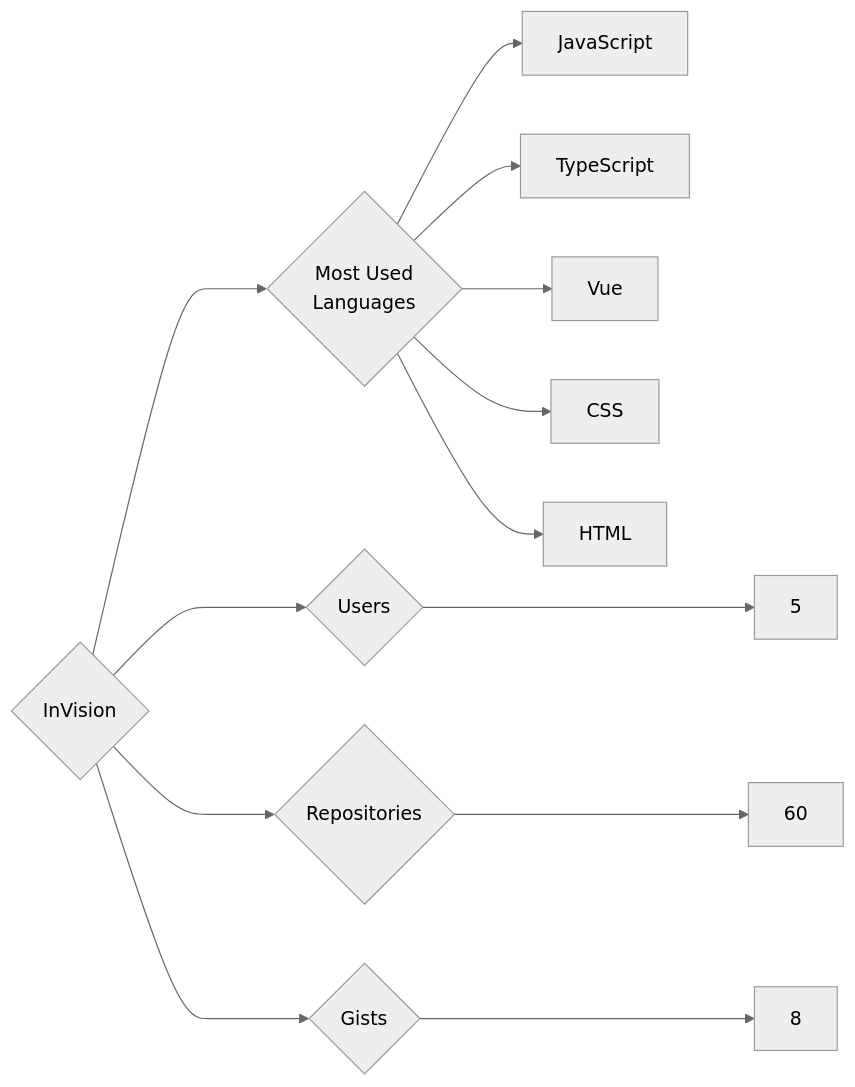
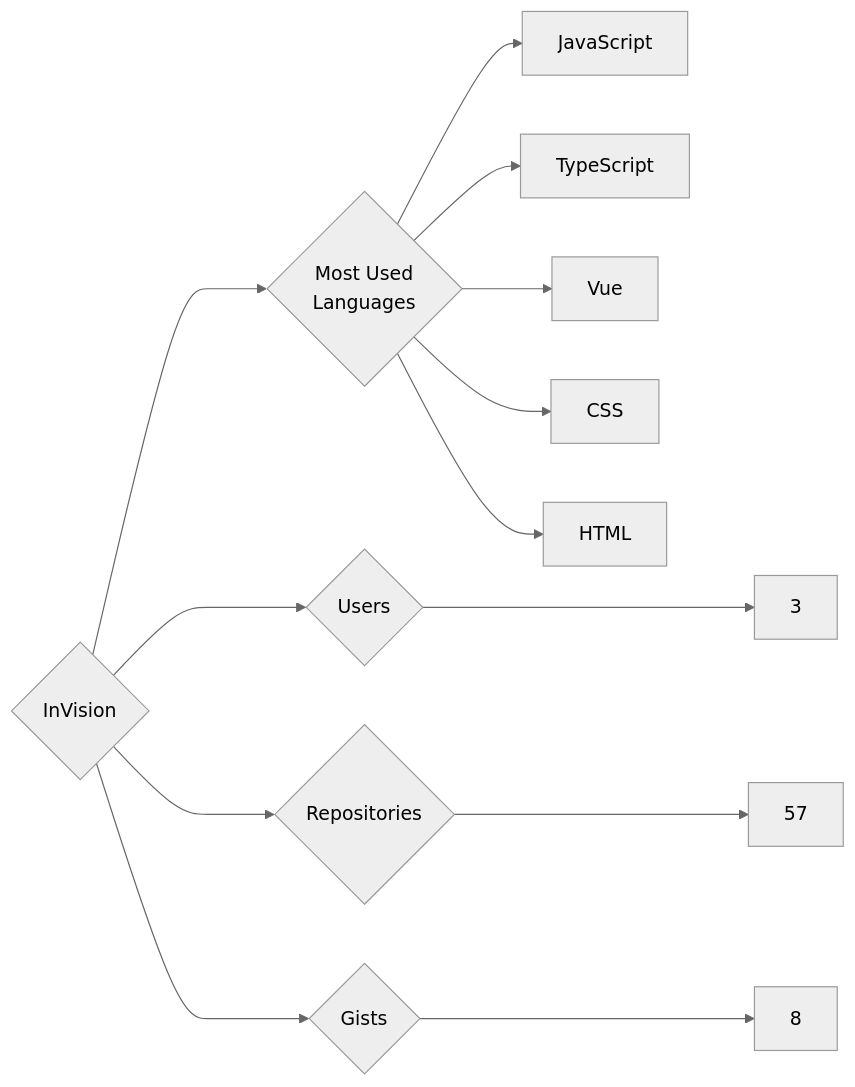
One commit to trickest/insiders changed the diagram in targets/InVision/README.md. Above: the diagram before and after it, drawn with Mermaid (neutral theme). The commit also changed 636 other files, not shown here.

````diff
--- a/targets/InVision/README.md
+++ b/targets/InVision/README.md
@@ -3,13 +3,13 @@
 ```mermaid
 graph LR
 COMPANY_NAME{InVision}
-COMPANY_NAME ---> U{Users} ---> UN[5]
-COMPANY_NAME ---> R{Repositories} ---> RN[60]
+COMPANY_NAME ---> U{Users} ---> UN[3]
+COMPANY_NAME ---> R{Repositories} ---> RN[57]
 COMPANY_NAME ---> G{Gists} ---> GN[8]
 COMPANY_NAME ---> ML{Most Used<br>Languages}
 ML --> JavaScript[JavaScript]
 ML --> TypeScript[TypeScript]
 ML --> Vue[Vue]
 ML --> CSS[CSS]
 ML --> HTML[HTML]
 ```
````
